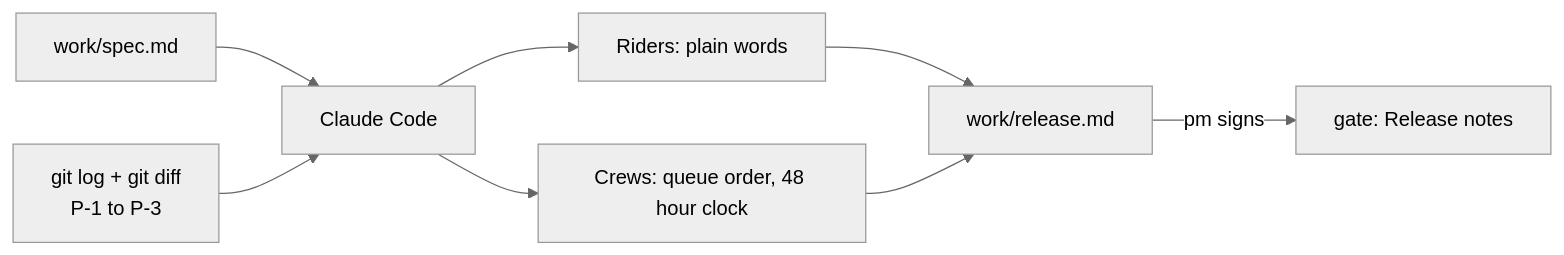
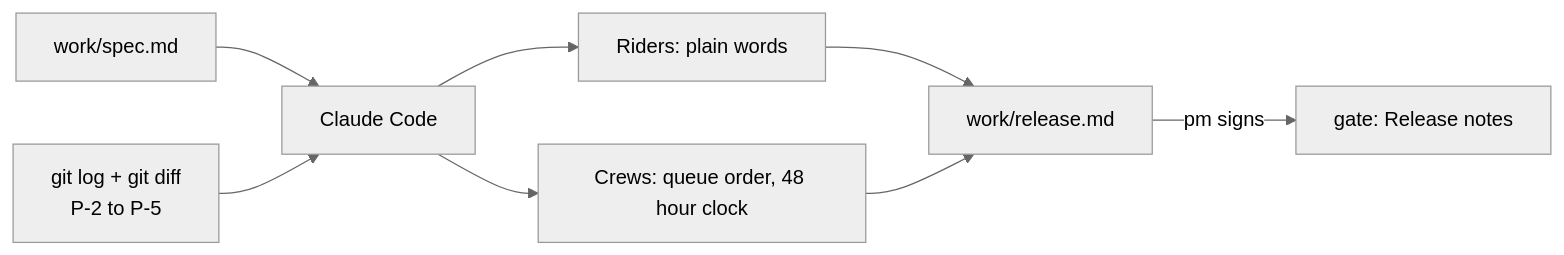
The diagram in parts/06-release-the-change/01-write-the-release-notes/problem/README.md (learnwithparam/ai-sdlc-agentic-workflows), drawn with Mermaid (neutral theme) before and after one commit. The commit also changed other lines of this file and 277 other files, not shown here.

````diff
--- a/parts/06-release-the-change/01-write-the-release-notes/problem/README.md
+++ b/parts/06-release-the-change/01-write-the-release-notes/problem/README.md
@@ -11,10 +11,10 @@
 ```mermaid
 flowchart LR
   S[work/spec.md] --> C[Claude Code]
-  G[git log + git diff<br/>P-1 to P-3] --> C
+  G[git log + git diff<br/>P-2 to P-5] --> C
   C --> R[Riders: plain words]
   C --> W[Crews: queue order, 48 hour clock]
   R --> N[work/release.md]
   W --> N
   N -->|pm signs| A[gate: Release notes]
 ```
````
